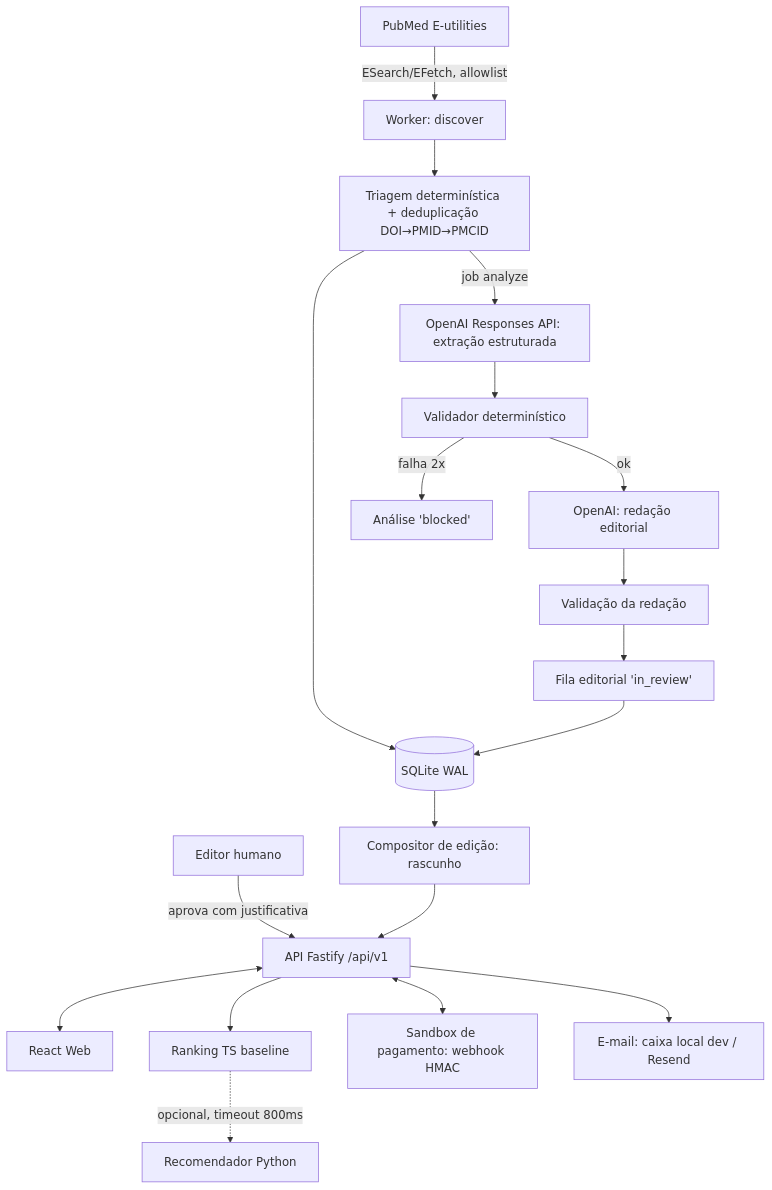
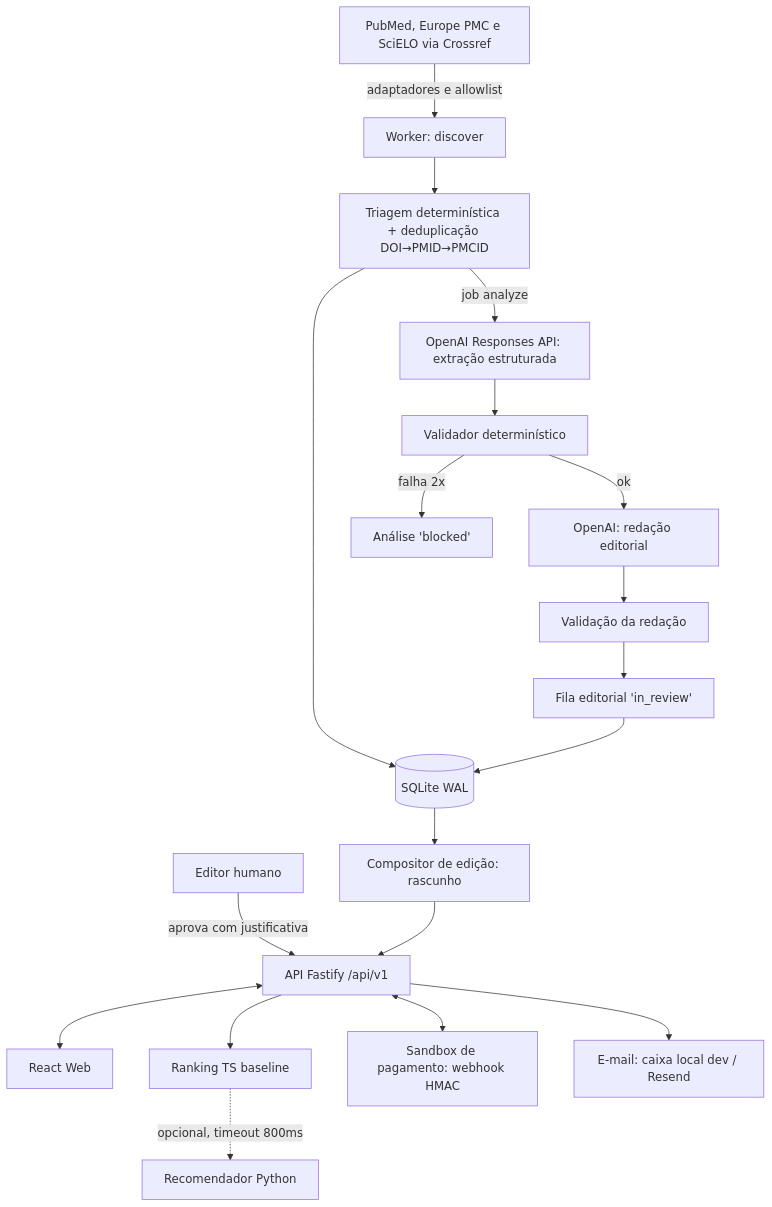
Before and after one commit to Matheus-Tsuji/jornal-medico: the diagram in docs/architecture.md, drawn with Mermaid. The commit also changed other lines of this file and 29 other files, not shown here.

````diff
--- a/docs/architecture.md
+++ b/docs/architecture.md
@@ -5,17 +5,17 @@
 ```mermaid
 flowchart TD
-  S[PubMed E-utilities] -->|ESearch/EFetch, allowlist| W[Worker: discover]
+  S[PubMed, Europe PMC e SciELO via Crossref] -->|adaptadores e allowlist| W[Worker: discover]
   W --> T[Triagem determinística + deduplicação DOI→PMID→PMCID]
   T --> D[(SQLite WAL)]
   T -->|job analyze| A[OpenAI Responses API: extração estruturada]
   A --> V[Validador determinístico]
   V -->|ok| R[OpenAI: redação editorial] --> V2[Validação da redação]
   V -->|falha 2x| B[Análise 'blocked']
   V2 --> Q[Fila editorial 'in_review'] --> D
   H[Editor humano] -->|aprova com justificativa| API
   D --> C[Compositor de edição: rascunho] --> API[API Fastify /api/v1]
   API <--> U[React Web]
   API --> RK[Ranking TS baseline] -.opcional, timeout 800ms.-> PY[Recomendador Python]
   API <--> P[Sandbox de pagamento: webhook HMAC]
   API --> M[E-mail: caixa local dev / Resend]
 ```
````
